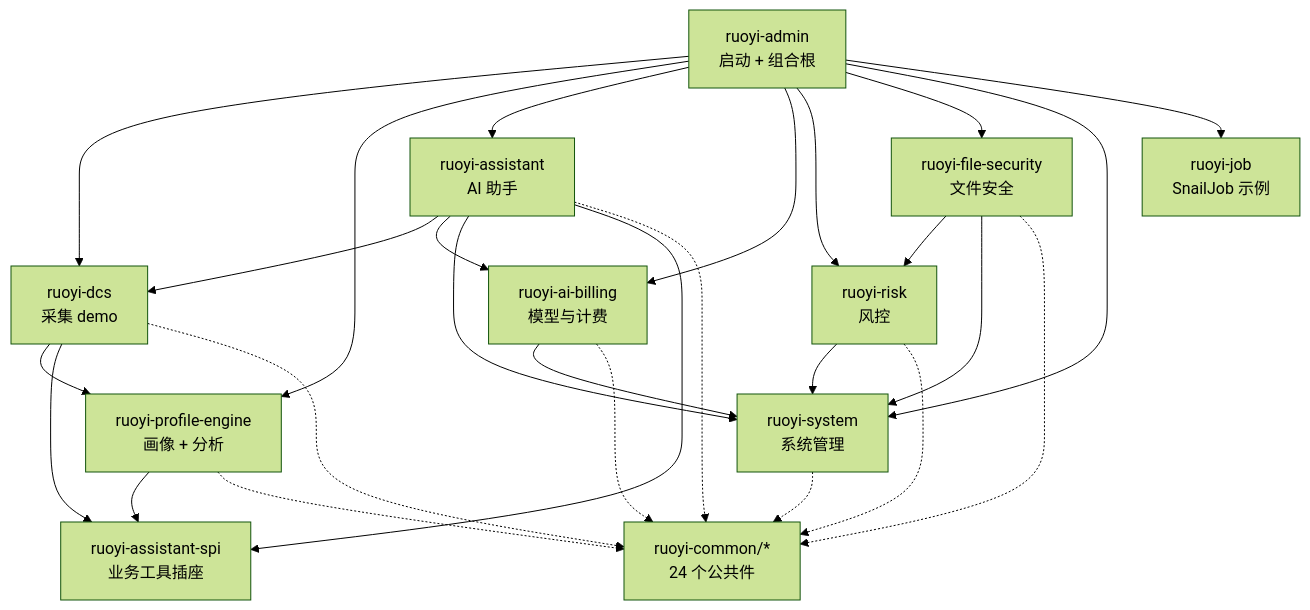
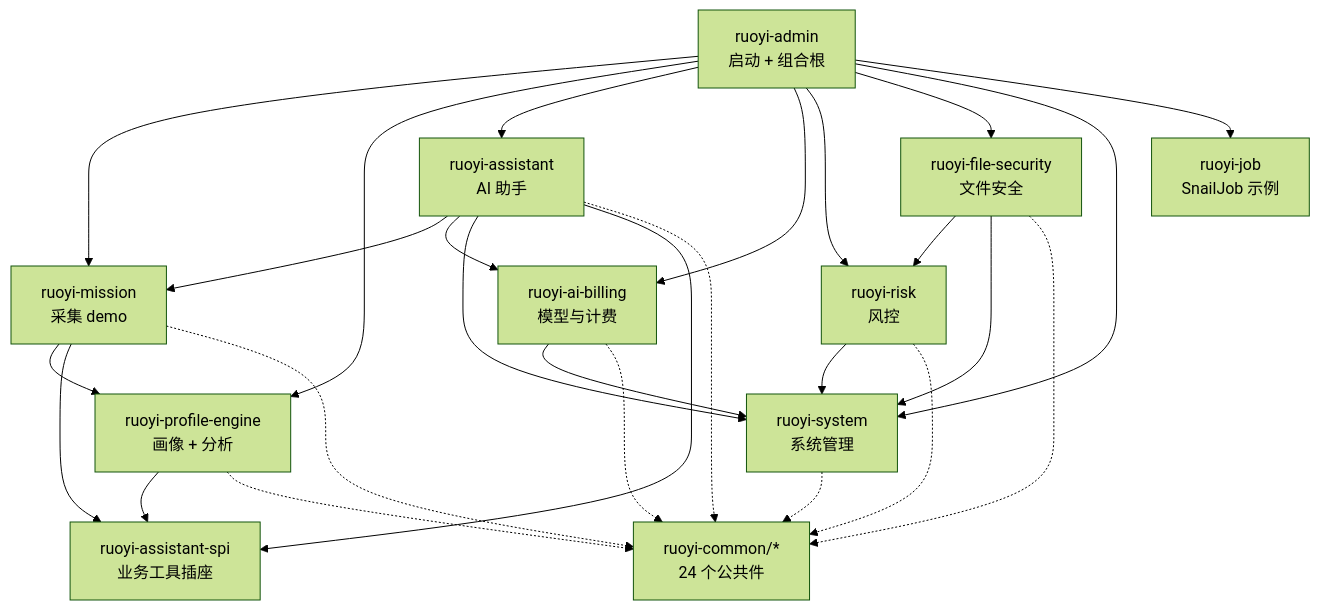
The second of 18 diagrams in docs/backend-architecture.md (ck-ys/SmartDock), drawn with Mermaid (forest theme) before and after one commit. The commit also changed other lines of this file and 24 other files, not shown here.

````diff
--- a/docs/backend-architecture.md
+++ b/docs/backend-architecture.md
@@ -128,41 +128,41 @@
 ```mermaid
 flowchart TB
   ADMIN["ruoyi-admin<br/>启动 + 组合根"]
-  DCS["ruoyi-dcs<br/>采集 demo"]
+  DCS["ruoyi-mission<br/>采集 demo"]
   PROFILE["ruoyi-profile-engine<br/>画像 + 分析"]
   ASSIST["ruoyi-assistant<br/>AI 助手"]
   SPI["ruoyi-assistant-spi<br/>业务工具插座"]
   BILL["ruoyi-ai-billing<br/>模型与计费"]
   RISK["ruoyi-risk<br/>风控"]
   FILE["ruoyi-file-security<br/>文件安全"]
   SYS["ruoyi-system<br/>系统管理"]
   JOB["ruoyi-job<br/>SnailJob 示例"]
   COMMON["ruoyi-common/*<br/>24 个公共件"]
 
   ADMIN --> DCS
   ADMIN --> PROFILE
   ADMIN --> ASSIST
   ADMIN --> BILL
   ADMIN --> RISK
   ADMIN --> FILE
   ADMIN --> SYS
   ADMIN --> JOB
   DCS --> PROFILE
   DCS --> SPI
   PROFILE --> SPI
   ASSIST --> DCS
   ASSIST --> BILL
   ASSIST --> SYS
   ASSIST --> SPI
   BILL --> SYS
   RISK --> SYS
   FILE --> RISK
   FILE --> SYS
   DCS -.-> COMMON
   PROFILE -.-> COMMON
   ASSIST -.-> COMMON
   BILL -.-> COMMON
   RISK -.-> COMMON
   FILE -.-> COMMON
   SYS -.-> COMMON
 ```
````
